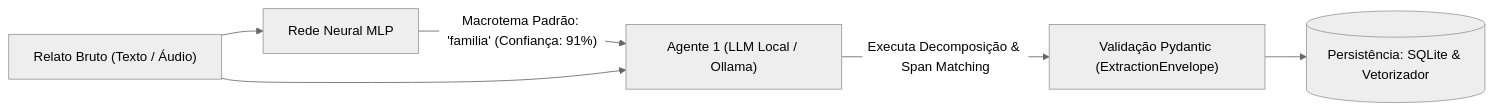
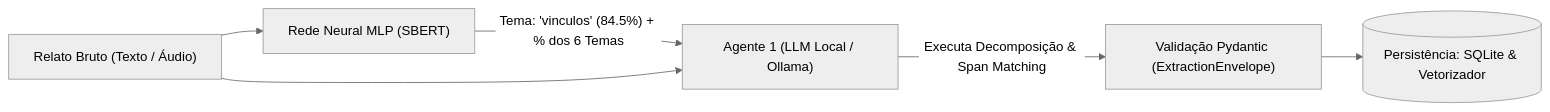
One commit to 007-Licensa-Para-Executar/challenge-2-base changed the diagram in docs/agente1.md. Above: the diagram before and after it, drawn with Mermaid (neutral theme). The commit also changed other lines of this file and 18 other files, not shown here.

Commit message:
Refactor neural network implementation to classify 6 clinical themes using SBERT embeddings; update documentation and roadmap accordingly.

````diff
--- a/docs/agente1.md
+++ b/docs/agente1.md
@@ -13,8 +13,8 @@
 ```mermaid
 flowchart LR
-    A["Relato Bruto (Texto / Áudio)"] --> B["Rede Neural MLP"]
-    B -->|"Macrotema Padrão: 'familia' (Confiança: 91%)"| C["Agente 1 (LLM Local / Ollama)"]
+    A["Relato Bruto (Texto / Áudio)"] --> B["Rede Neural MLP (SBERT)"]
+    B -->|"Tema: 'vinculos' (84.5%) + % dos 6 Temas"| C["Agente 1 (LLM Local / Ollama)"]
     A --> C
     C -->|Executa Decomposição & Span Matching| D["Validação Pydantic (ExtractionEnvelope)"]
     D --> E[("Persistência: SQLite & Vetorizador")]
 ```
````
